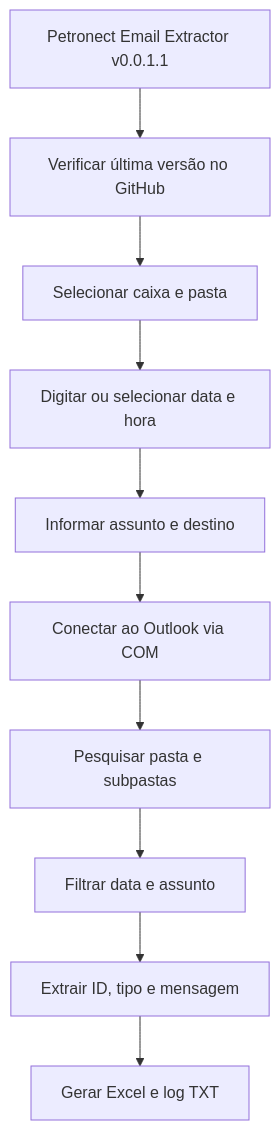
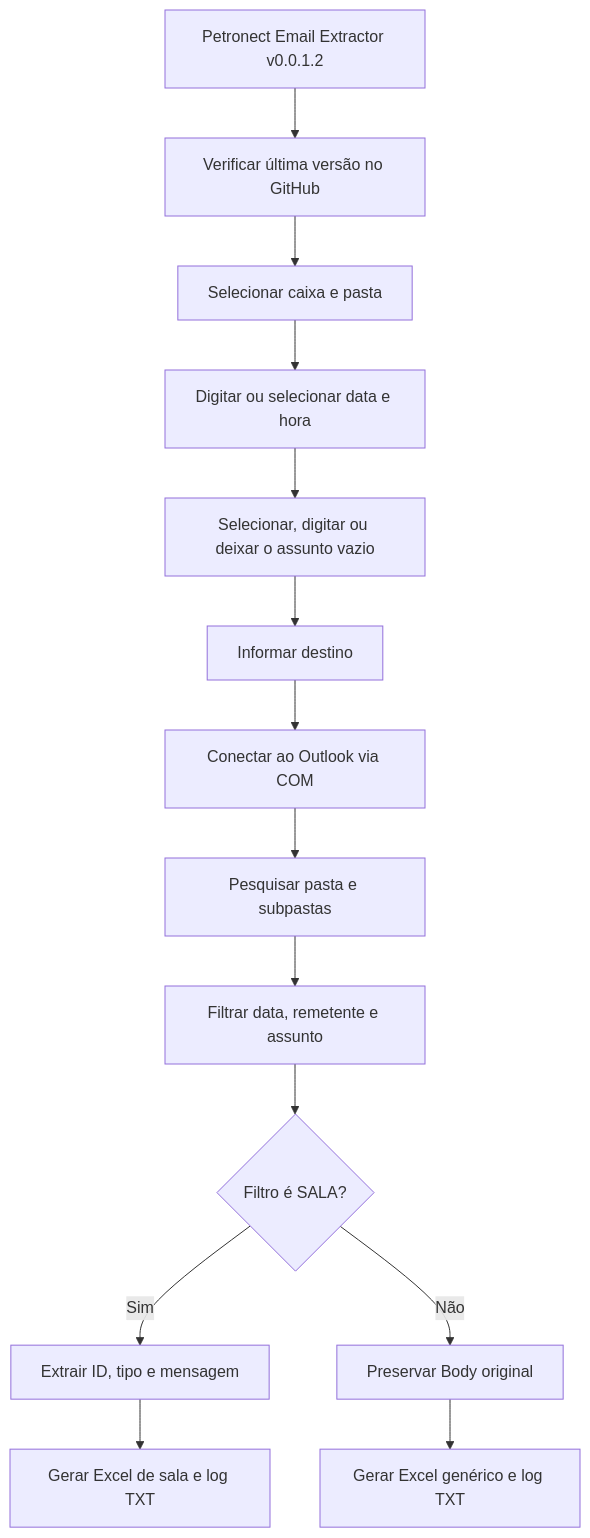
One commit to Marcus300/petronect-email-extractor changed the diagram in docs/FLUXOGRAMA.mmd. Above: the diagram before and after it, drawn with Mermaid. The commit also changed 18 other files, not shown here.

```diff
--- a/docs/FLUXOGRAMA.mmd
+++ b/docs/FLUXOGRAMA.mmd
@@ -1,10 +1,14 @@
 flowchart TD
-    A[Petronect Email Extractor v0.0.1.1] --> B[Verificar última versão no GitHub]
+    A[Petronect Email Extractor v0.0.1.2] --> B[Verificar última versão no GitHub]
     B --> C[Selecionar caixa e pasta]
     C --> D[Digitar ou selecionar data e hora]
-    D --> E[Informar assunto e destino]
-    E --> F[Conectar ao Outlook via COM]
+    D --> E[Selecionar, digitar ou deixar o assunto vazio]
+    E --> E2[Informar destino]
+    E2 --> F[Conectar ao Outlook via COM]
     F --> G[Pesquisar pasta e subpastas]
-    G --> H[Filtrar data e assunto]
-    H --> I[Extrair ID, tipo e mensagem]
-    I --> J[Gerar Excel e log TXT]
+    G --> H[Filtrar data, remetente e assunto]
+    H --> I{Filtro é SALA?}
+    I -->|Sim| J[Extrair ID, tipo e mensagem]
+    I -->|Não| K[Preservar Body original]
+    J --> L[Gerar Excel de sala e log TXT]
+    K --> M[Gerar Excel genérico e log TXT]
```
